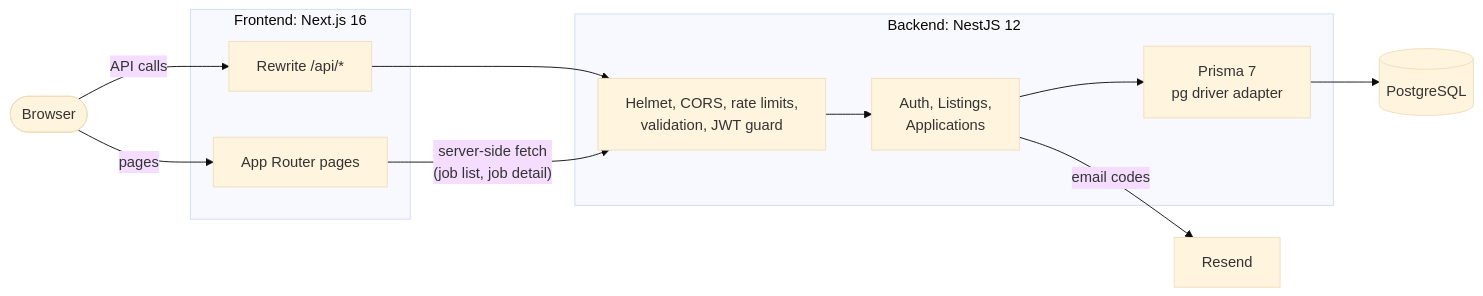
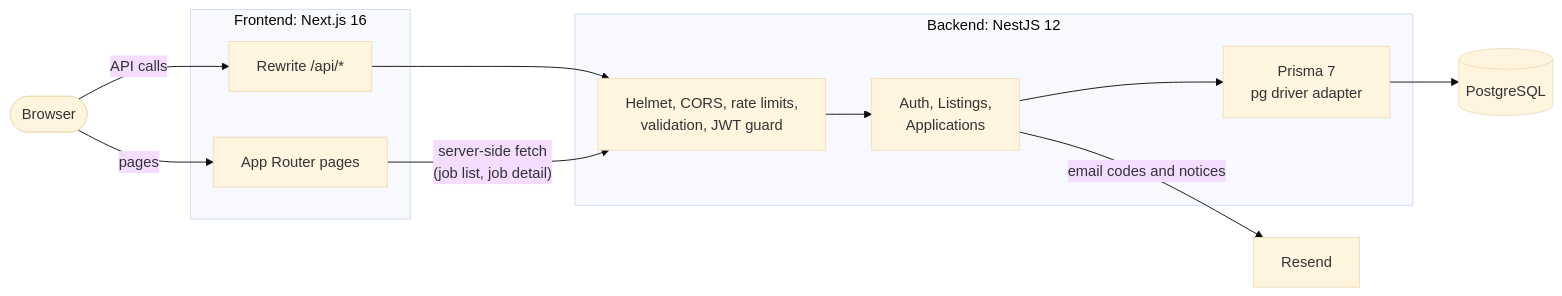
The first of 3 diagrams in README.md (Muhamed2805/SaStrane), drawn with Mermaid (base theme) before and after one commit. The commit also changed other lines of this file and 16 other files, not shown here.

````diff
--- a/README.md
+++ b/README.md
@@ -113,25 +115,25 @@
 ```mermaid
 flowchart LR
   browser(["Browser"])
 
   subgraph web["Frontend: Next.js 16"]
     pages["App Router pages"]
     proxy["Rewrite /api/*"]
   end
 
   subgraph api["Backend: NestJS 12"]
     edge["Helmet, CORS, rate limits,<br/>validation, JWT guard"]
     modules["Auth, Listings,<br/>Applications"]
     orm["Prisma 7<br/>pg driver adapter"]
   end
 
   db[("PostgreSQL")]
   resend["Resend"]
 
   browser -- "pages" --> pages
   browser -- "API calls" --> proxy
   proxy --> edge
   pages -- "server-side fetch<br/>(job list, job detail)" --> edge
   edge --> modules --> orm --> db
-  modules -- "email codes" --> resend
+  modules -- "email codes and notices" --> resend
 ```
````
